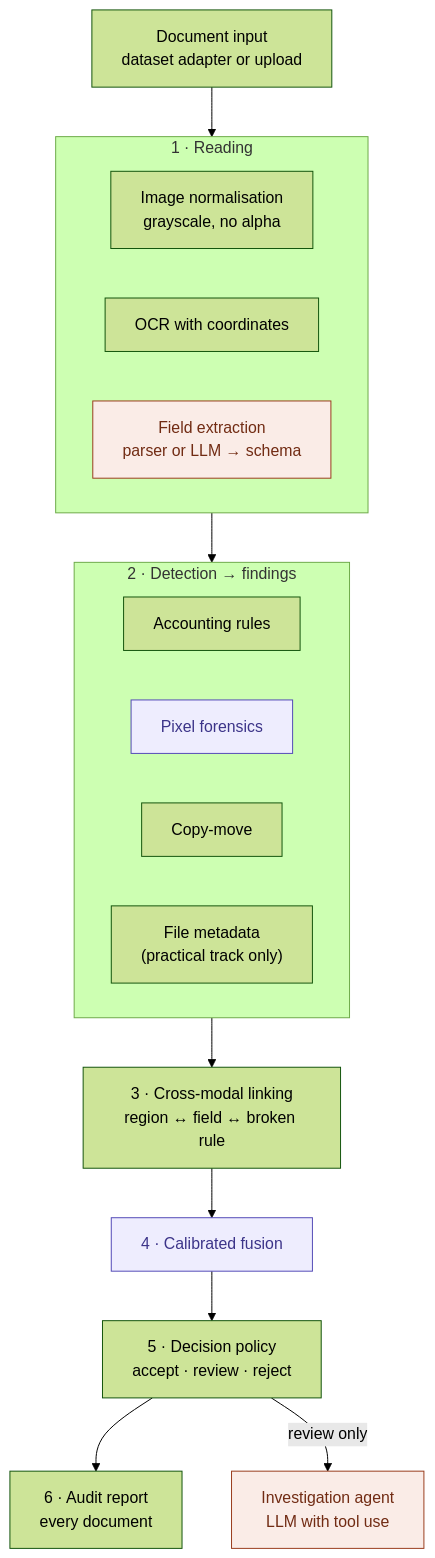
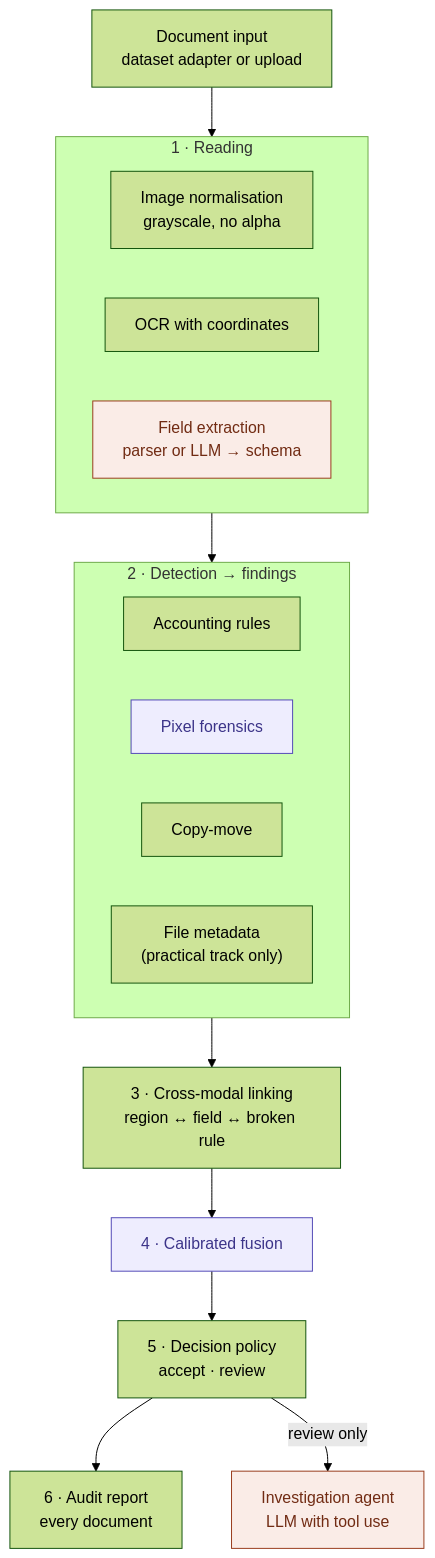
The diagram in docs/architecture.md (sadikemreikiz/financial-document-fraud-detection), drawn with Mermaid (forest theme) before and after one commit. The commit also changed other lines of this file and 4 other files, not shown here.

````diff
--- a/docs/architecture.md
+++ b/docs/architecture.md
@@ -22,30 +23,30 @@
 ```mermaid
 flowchart TD
     IN["Document input<br/>dataset adapter or upload"] --> READ
 
     subgraph READ["1 · Reading"]
         NORM["Image normalisation<br/>grayscale, no alpha"]
         OCR["OCR with coordinates"]
         EXT["Field extraction<br/>parser or LLM → schema"]
     end
 
     READ --> DETECT
 
     subgraph DETECT["2 · Detection → findings"]
         ARI["Accounting rules"]
         FOR["Pixel forensics"]
         CMV["Copy-move"]
         META["File metadata<br/>(practical track only)"]
     end
 
     DETECT --> LINK["3 · Cross-modal linking<br/>region ↔ field ↔ broken rule"]
     LINK --> FUS["4 · Calibrated fusion"]
-    FUS --> POL["5 · Decision policy<br/>accept · review · reject"]
+    FUS --> POL["5 · Decision policy<br/>accept · review"]
     POL --> REP["6 · Audit report<br/>every document"]
     POL -->|review only| AGENT["Investigation agent<br/>LLM with tool use"]
 
     classDef llm fill:#FAECE7,stroke:#993C1D,color:#712B13
     classDef learned fill:#EEEDFE,stroke:#534AB7,color:#3C3489
     class EXT,AGENT llm
     class FOR,FUS learned
 ```
````
